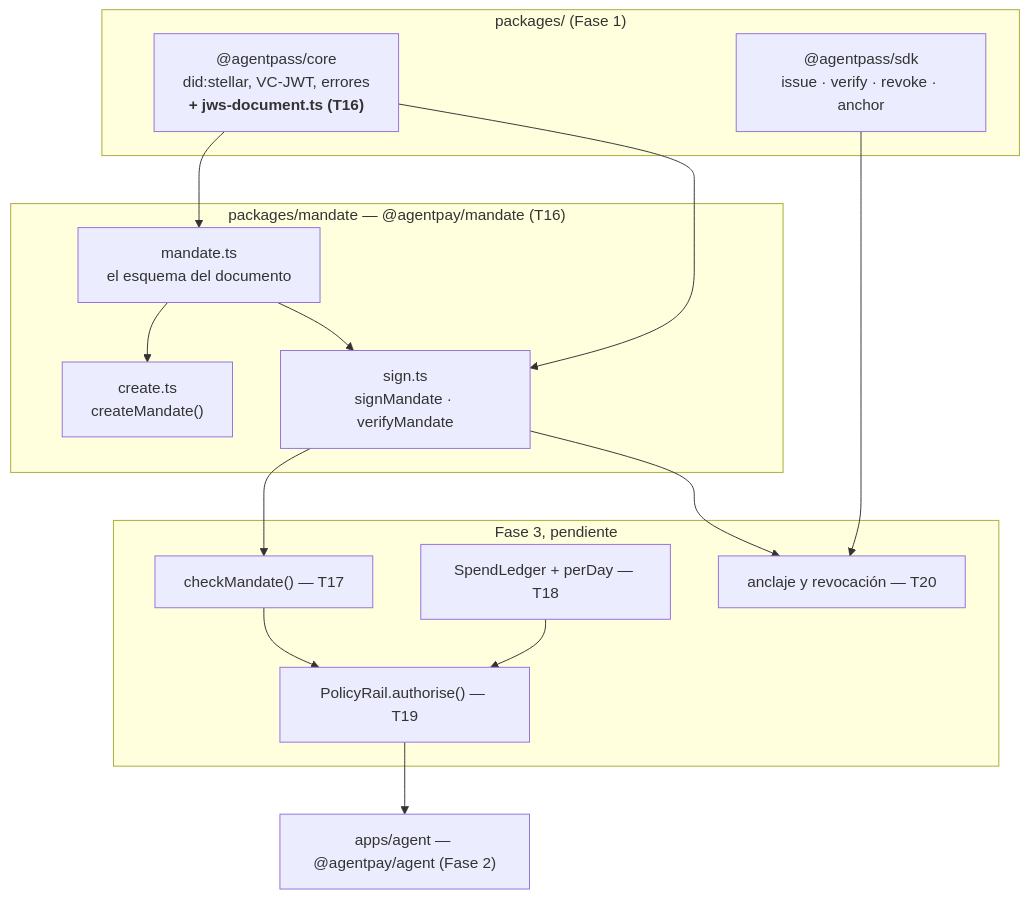
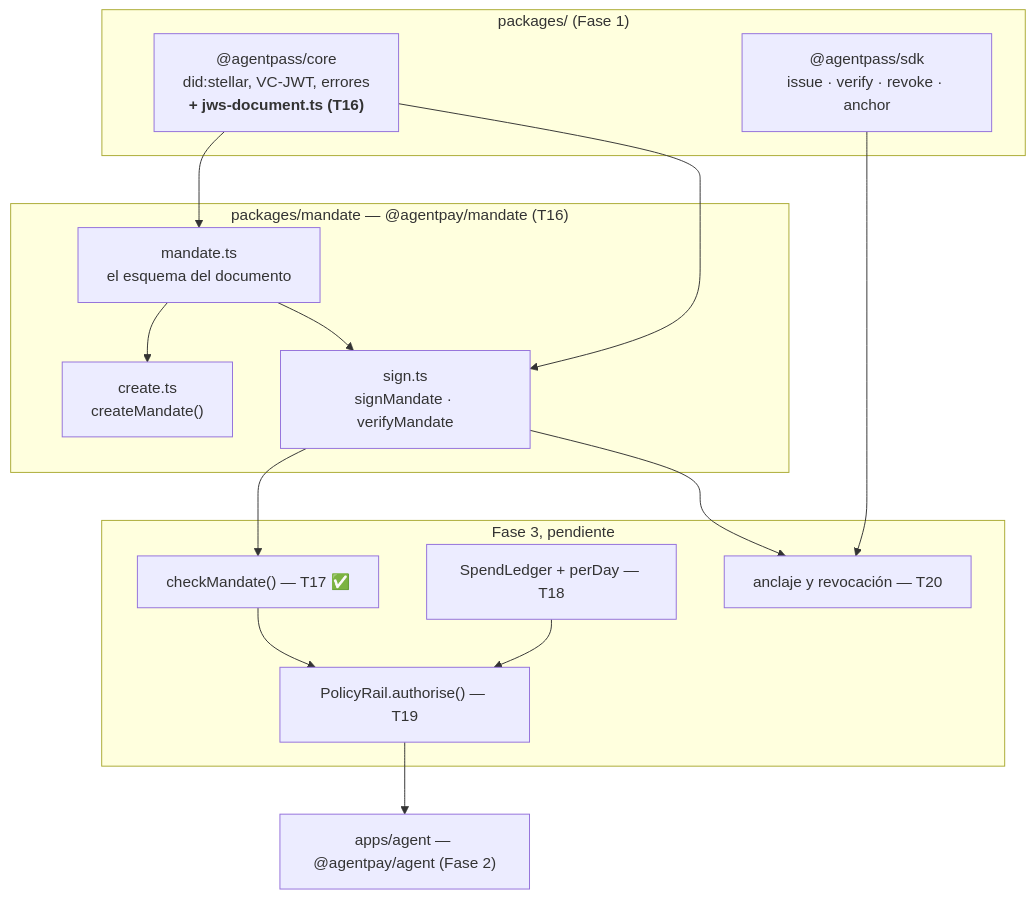
One commit to vicentewolde/AgentPay changed the diagram in docs/fase-3-policyrail-mandato/ARQUITECTURA.md. Above: the diagram before and after it, drawn with Mermaid. The commit also changed other lines of this file and 11 other files, not shown here.

````diff
--- a/docs/fase-3-policyrail-mandato/ARQUITECTURA.md
+++ b/docs/fase-3-policyrail-mandato/ARQUITECTURA.md
@@ -18,30 +18,30 @@
 ```mermaid
 flowchart TB
     subgraph "packages/ (Fase 1)"
         core["@agentpass/core<br/>did:stellar, VC-JWT, errores<br/><b>+ jws-document.ts (T16)</b>"]
         sdk["@agentpass/sdk<br/>issue · verify · revoke · anchor"]
     end
     subgraph "packages/mandate — @agentpay/mandate (T16)"
         mandate["mandate.ts<br/>el esquema del documento"]
         create["create.ts<br/>createMandate()"]
         msign["sign.ts<br/>signMandate · verifyMandate"]
     end
     subgraph "Fase 3, pendiente"
-        check["checkMandate() — T17"]
+        check["checkMandate() — T17 ✅"]
         ledger["SpendLedger + perDay — T18"]
         rail["PolicyRail.authorise() — T19"]
         anchor["anclaje y revocación — T20"]
     end
     agent["apps/agent — @agentpay/agent (Fase 2)"]
 
     core --> mandate
     core --> msign
     mandate --> create
     mandate --> msign
     msign --> check
     check --> rail
     ledger --> rail
     sdk --> anchor
     msign --> anchor
     rail --> agent
 ```
````
